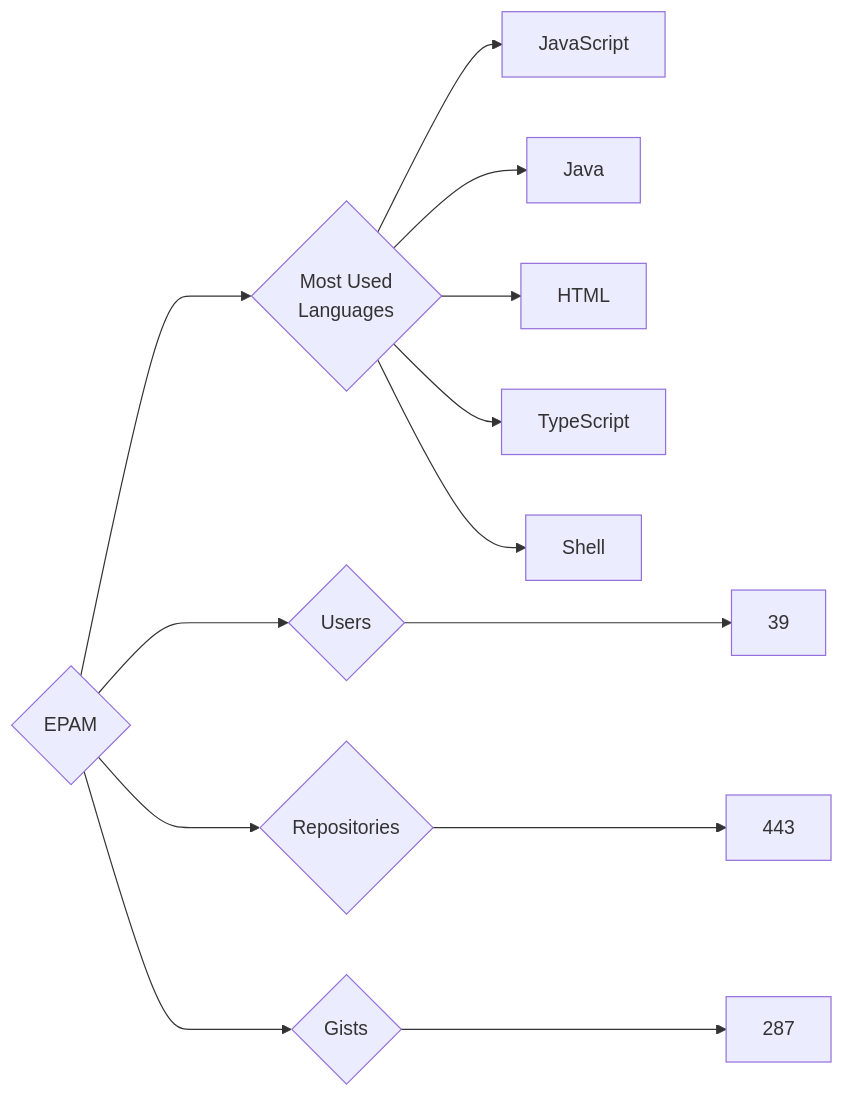
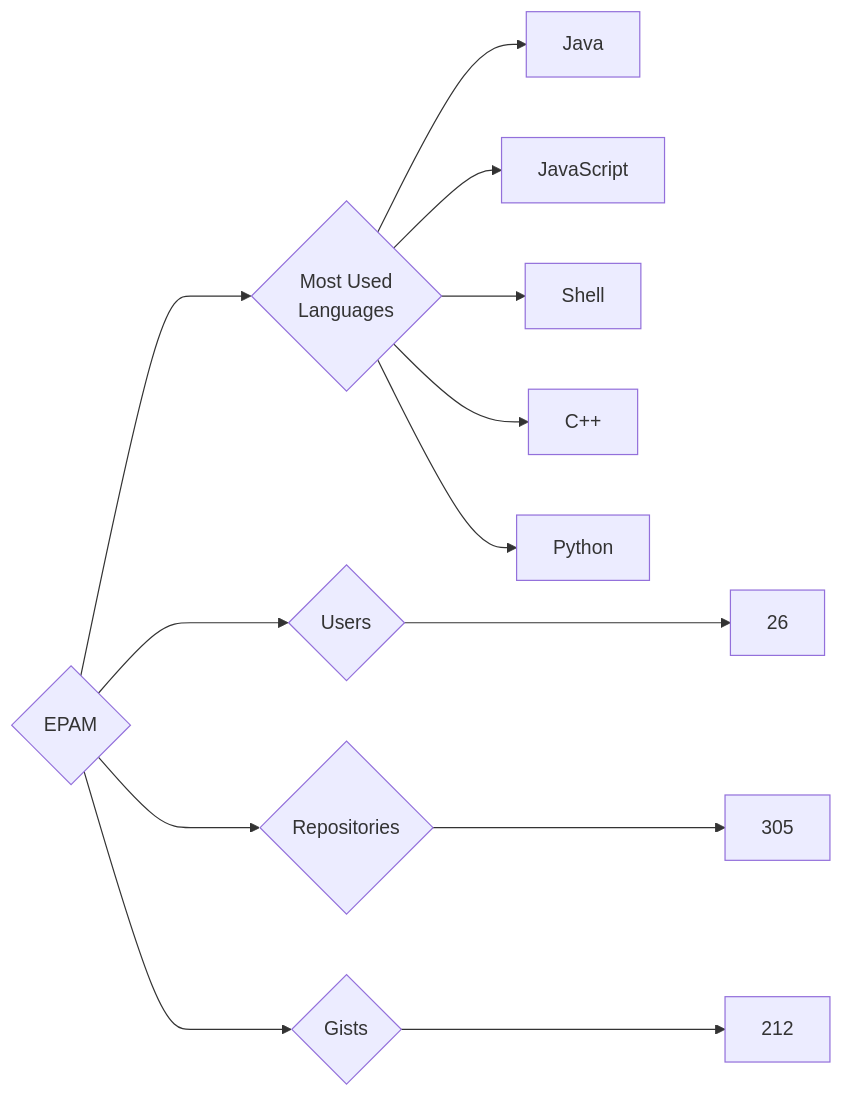
Before and after one commit to trickest/insiders: the diagram in targets/EPAM/README.md, drawn with Mermaid. The commit also changed 860 other files, not shown here.

````diff
--- a/targets/EPAM/README.md
+++ b/targets/EPAM/README.md
@@ -3,13 +3,13 @@
 ```mermaid
 graph LR
 COMPANY_NAME{EPAM}
-COMPANY_NAME ---> U{Users} ---> UN[39]
-COMPANY_NAME ---> R{Repositories} ---> RN[443]
-COMPANY_NAME ---> G{Gists} ---> GN[287]
+COMPANY_NAME ---> U{Users} ---> UN[26]
+COMPANY_NAME ---> R{Repositories} ---> RN[305]
+COMPANY_NAME ---> G{Gists} ---> GN[212]
 COMPANY_NAME ---> ML{Most Used<br>Languages}
+ML --> Java[Java]
 ML --> JavaScript[JavaScript]
-ML --> Java[Java]
-ML --> HTML[HTML]
-ML --> TypeScript[TypeScript]
 ML --> Shell[Shell]
+ML --> C++[C++]
+ML --> Python[Python]
 ```
````
